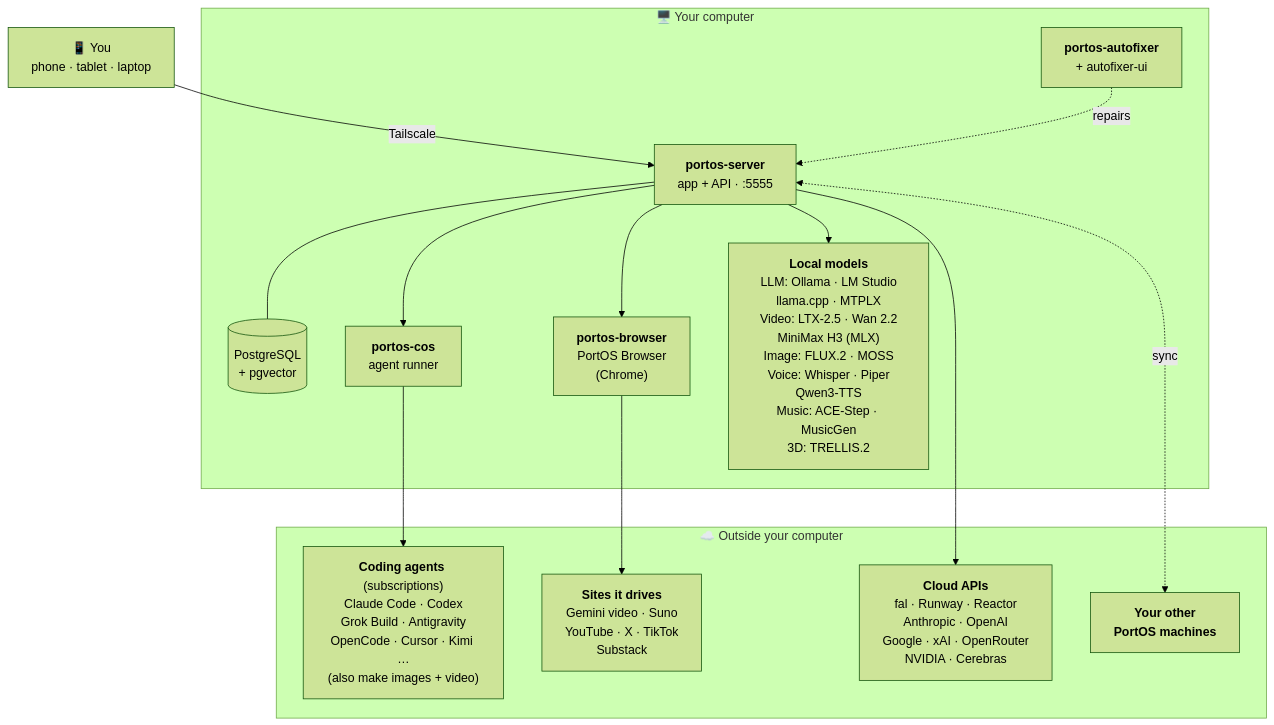
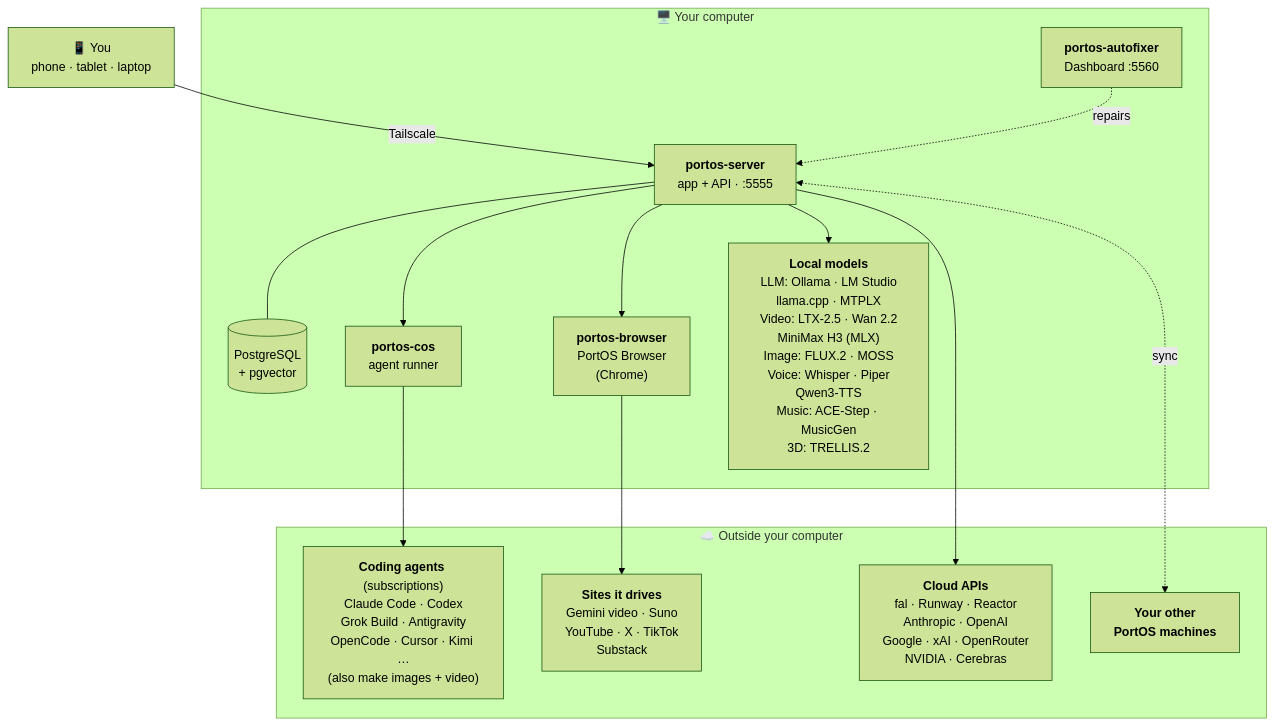
One commit to atomantic/PortOS changed the diagram in README.md. Above: the diagram before and after it, drawn with Mermaid (forest theme). The commit also changed 59 other files, not shown here.

Commit message:
refactor: run the Autofixer dashboard in its monitor process (#17003)

````diff
--- a/README.md
+++ b/README.md
@@ -37,31 +37,31 @@
 ```mermaid
 flowchart TB
   you["📱 You<br/>phone · tablet · laptop"]
 
   subgraph mac["🖥️ Your computer"]
     server["<b>portos-server</b><br/>app + API · :5555"]
     db[("PostgreSQL<br/>+ pgvector")]
     cos["<b>portos-cos</b><br/>agent runner"]
     browser["<b>portos-browser</b><br/>PortOS Browser<br/>(Chrome)"]
-    fixer["<b>portos-autofixer</b><br/>+ autofixer-ui"]
+    fixer["<b>portos-autofixer</b><br/>Dashboard :5560"]
     local["<b>Local models</b><br/>LLM: Ollama · LM Studio<br/>llama.cpp · MTPLX<br/>Video: LTX-2.5 · Wan 2.2<br/>MiniMax H3 (MLX)<br/>Image: FLUX.2 · MOSS<br/>Voice: Whisper · Piper<br/>Qwen3-TTS<br/>Music: ACE-Step · MusicGen<br/>3D: TRELLIS.2"]
   end
 
   subgraph out["☁️ Outside your computer"]
     agents["<b>Coding agents</b> (subscriptions)<br/>Claude Code · Codex<br/>Grok Build · Antigravity<br/>OpenCode · Cursor · Kimi …<br/>(also make images + video)"]
     web["<b>Sites it drives</b><br/>Gemini video · Suno<br/>YouTube · X · TikTok<br/>Substack"]
     apis["<b>Cloud APIs</b><br/>fal · Runway · Reactor<br/>Anthropic · OpenAI<br/>Google · xAI · OpenRouter<br/>NVIDIA · Cerebras"]
     peers["<b>Your other<br/>PortOS machines</b>"]
   end
 
   you -- Tailscale --> server
   fixer -. repairs .-> server
   server --- db
   server --> cos
   server --> browser
   server --> local
   cos --> agents
   browser --> web
   server --> apis
   server <-. sync .-> peers
 ```
````
